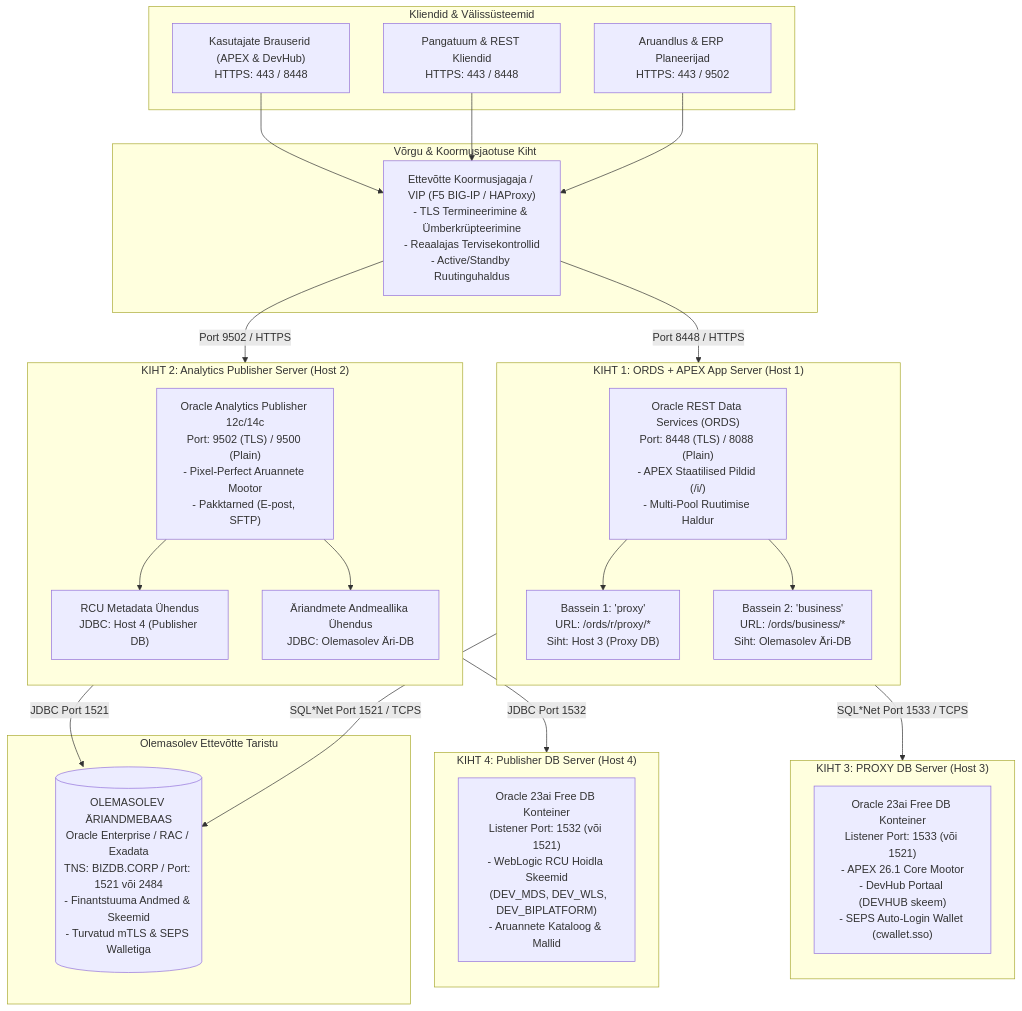
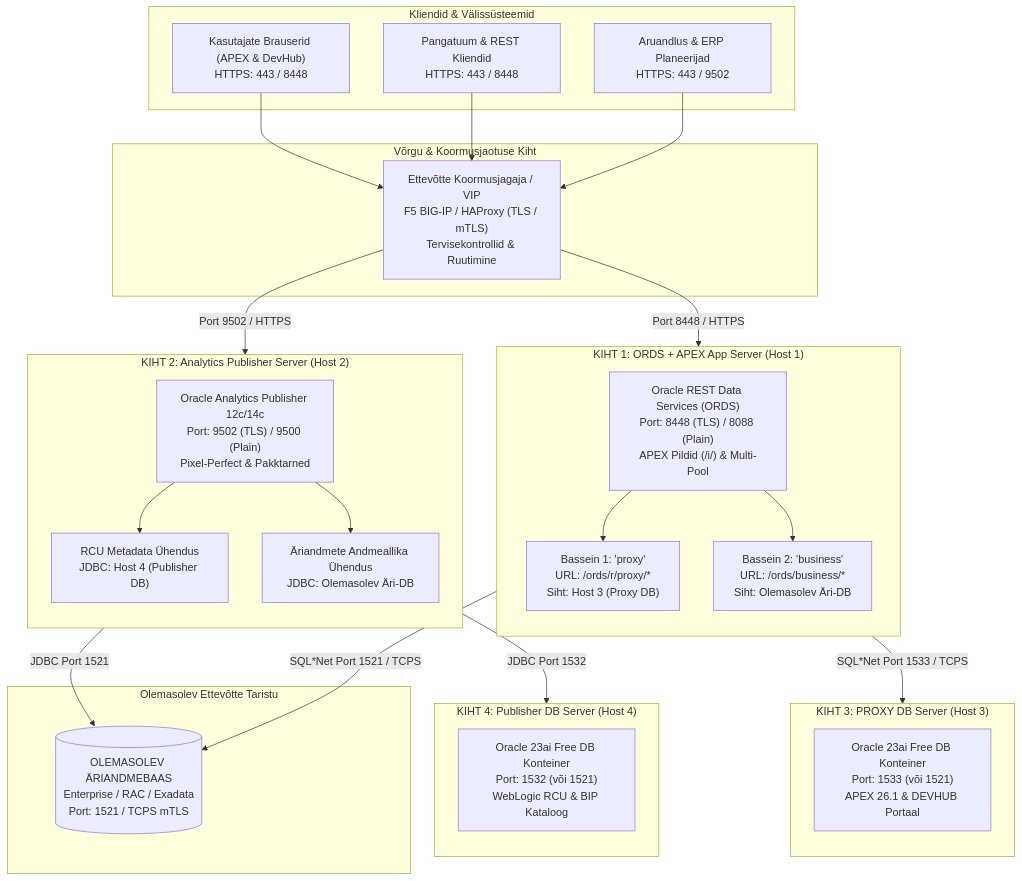
The first of 2 diagrams in docs/et/enterprise-distributed-architecture.md (alahe/oracle-devops-platform), drawn with Mermaid before and after one commit. The commit also changed 412 other files, not shown here.

Commit message:
feat: publisher suite, devhub search & 6-lang i18n categories, ai skills, and accessibility compliance

````diff
--- a/docs/et/enterprise-distributed-architecture.md
+++ b/docs/et/enterprise-distributed-architecture.md
@@ -22,57 +22,57 @@
 ```mermaid
 flowchart TB
     subgraph Clients ["Kliendid & Välissüsteemid"]
         Browser["Kasutajate Brauserid (APEX & DevHub)<br/>HTTPS: 443 / 8448"]
         ApiClients["Pangatuum & REST Kliendid<br/>HTTPS: 443 / 8448"]
         ReportClients["Aruandlus & ERP Planeerijad<br/>HTTPS: 443 / 9502"]
     end
 
     subgraph Ingress ["Võrgu & Koormusjaotuse Kiht"]
-        F5_VIP["Ettevõtte Koormusjagaja / VIP (F5 BIG-IP / HAProxy)<br/>- TLS Termineerimine & Ümberkrüpteerimine<br/>- Reaalajas Tervisekontrollid<br/>- Active/Standby Ruutinguhaldus"]
+        F5_VIP["Ettevõtte Koormusjagaja / VIP<br/>F5 BIG-IP / HAProxy (TLS / mTLS)<br/>Tervisekontrollid & Ruutimine"]
     end
 
     subgraph Tier1 ["KIHT 1: ORDS + APEX App Server (Host 1)"]
         direction TB
-        ORDS_SRV["Oracle REST Data Services (ORDS)<br/>Port: 8448 (TLS) / 8088 (Plain)<br/>- APEX Staatilised Pildid (/i/)<br/>- Multi-Pool Ruutimise Haldur"]
+        ORDS_SRV["Oracle REST Data Services (ORDS)<br/>Port: 8448 (TLS) / 8088 (Plain)<br/>APEX Pildid (/i/) & Multi-Pool"]
         POOL_PROXY["Bassein 1: 'proxy'<br/>URL: /ords/r/proxy/*<br/>Siht: Host 3 (Proxy DB)"]
         POOL_BIZ["Bassein 2: 'business'<br/>URL: /ords/business/*<br/>Siht: Olemasolev Äri-DB"]
         ORDS_SRV --> POOL_PROXY
         ORDS_SRV --> POOL_BIZ
     end
 
     subgraph Tier2 ["KIHT 2: Analytics Publisher Server (Host 2)"]
         direction TB
-        PUB_SRV["Oracle Analytics Publisher 12c/14c<br/>Port: 9502 (TLS) / 9500 (Plain)<br/>- Pixel-Perfect Aruannete Mootor<br/>- Pakktarned (E-post, SFTP)"]
+        PUB_SRV["Oracle Analytics Publisher 12c/14c<br/>Port: 9502 (TLS) / 9500 (Plain)<br/>Pixel-Perfect & Pakktarned"]
         PUB_RCU_CONN["RCU Metadata Ühendus<br/>JDBC: Host 4 (Publisher DB)"]
         PUB_BIZ_CONN["Äriandmete Andmeallika Ühendus<br/>JDBC: Olemasolev Äri-DB"]
         PUB_SRV --> PUB_RCU_CONN
         PUB_SRV --> PUB_BIZ_CONN
     end
 
     subgraph Tier3 ["KIHT 3: PROXY DB Server (Host 3)"]
         direction TB
-        DB_PROXY["Oracle 23ai Free DB Konteiner<br/>Listener Port: 1533 (või 1521)<br/>- APEX 26.1 Core Mootor<br/>- DevHub Portaal (DEVHUB skeem)<br/>- SEPS Auto-Login Wallet (cwallet.sso)"]
+        DB_PROXY["Oracle 23ai Free DB Konteiner<br/>Port: 1533 (või 1521)<br/>APEX 26.1 & DEVHUB Portaal"]
     end
 
     subgraph Tier4 ["KIHT 4: Publisher DB Server (Host 4)"]
         direction TB
-        DB_PUB["Oracle 23ai Free DB Konteiner<br/>Listener Port: 1532 (või 1521)<br/>- WebLogic RCU Hoidla Skeemid<br/>  (DEV_MDS, DEV_WLS, DEV_BIPLATFORM)<br/>- Aruannete Kataloog & Mallid"]
+        DB_PUB["Oracle 23ai Free DB Konteiner<br/>Port: 1532 (või 1521)<br/>WebLogic RCU & BIP Kataloog"]
     end
 
     subgraph ExternalDB ["Olemasolev Ettevõtte Taristu"]
-        BIZ_DB[("OLEMASOLEV ÄRIANDMEBAAS<br/>Oracle Enterprise / RAC / Exadata<br/>TNS: BIZDB.CORP / Port: 1521 või 2484<br/>- Finantstuuma Andmed & Skeemid<br/>- Turvatud mTLS & SEPS Walletiga")]
+        BIZ_DB[("OLEMASOLEV ÄRIANDMEBAAS<br/>Enterprise / RAC / Exadata<br/>Port: 1521 / TCPS mTLS")]
     end
 
     Browser --> F5_VIP
     ApiClients --> F5_VIP
     ReportClients --> F5_VIP
 
     F5_VIP -->|Port 8448 / HTTPS| ORDS_SRV
     F5_VIP -->|Port 9502 / HTTPS| PUB_SRV
 
     POOL_PROXY -->|SQL*Net Port 1533 / TCPS| DB_PROXY
     POOL_BIZ -->|SQL*Net Port 1521 / TCPS| BIZ_DB
 
     PUB_RCU_CONN -->|JDBC Port 1532| DB_PUB
     PUB_BIZ_CONN -->|JDBC Port 1521| BIZ_DB
 ```
````
